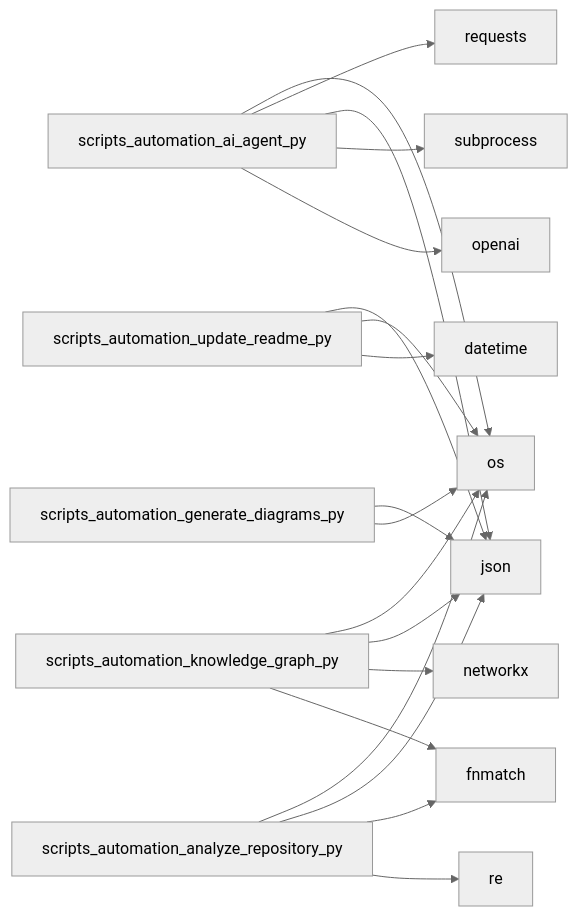
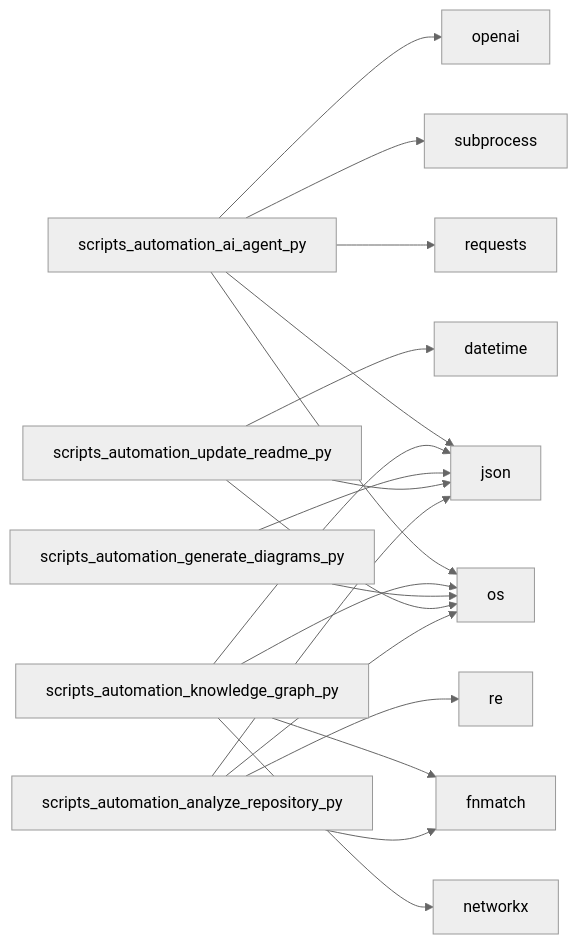
Before and after one commit to NITISH-R-G/FUTURE_DS_01: the second of 2 diagrams in README.md, drawn with Mermaid (neutral theme). The commit also changed other lines of this file and 3 other files, not shown here.

Commit message:
docs: auto-update repository state and diagrams [skip auto]

````diff
--- a/README.md
+++ b/README.md
@@ -39,21 +39,21 @@
 ```mermaid
 graph LR;
-    scripts_automation_update_readme_py --> json;
-    scripts_automation_update_readme_py --> os;
-    scripts_automation_update_readme_py --> datetime;
     scripts_automation_ai_agent_py --> os;
     scripts_automation_ai_agent_py --> requests;
     scripts_automation_ai_agent_py --> json;
     scripts_automation_ai_agent_py --> subprocess;
     scripts_automation_ai_agent_py --> openai;
     scripts_automation_knowledge_graph_py --> os;
     scripts_automation_knowledge_graph_py --> json;
     scripts_automation_knowledge_graph_py --> networkx;
     scripts_automation_knowledge_graph_py --> fnmatch;
+    scripts_automation_generate_diagrams_py --> json;
+    scripts_automation_generate_diagrams_py --> os;
+    scripts_automation_update_readme_py --> json;
+    scripts_automation_update_readme_py --> os;
+    scripts_automation_update_readme_py --> datetime;
     scripts_automation_analyze_repository_py --> os;
     scripts_automation_analyze_repository_py --> json;
     scripts_automation_analyze_repository_py --> fnmatch;
     scripts_automation_analyze_repository_py --> re;
-    scripts_automation_generate_diagrams_py --> json;
-    scripts_automation_generate_diagrams_py --> os;
 ```
````
